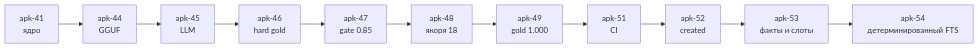
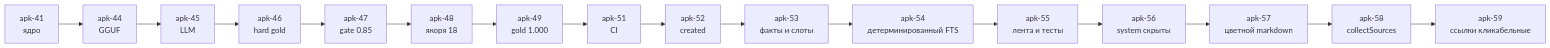
Before and after one commit to fakingpescobar-ctrl/opencode-mobile: the second of 6 diagrams in README.md, drawn with Mermaid. The commit also changed other lines of this file, not shown here.

Commit message:
docs: refresh README to apk-59 and recent chat/memory work

````diff
--- a/README.md
+++ b/README.md
@@ -105,13 +118,18 @@
 ```mermaid
 flowchart LR
     A["apk-41<br/>ядро"] --> B["apk-44<br/>GGUF"]
     B --> C["apk-45<br/>LLM"]
     C --> D["apk-46<br/>hard gold"]
     D --> E["apk-47<br/>gate 0.85"]
     E --> F["apk-48<br/>якоря 18"]
     F --> G["apk-49<br/>gold 1.000"]
     G --> H["apk-51<br/>CI"]
     H --> I["apk-52<br/>created"]
     I --> J["apk-53<br/>факты и слоты"]
     J --> K["apk-54<br/>детерминированный FTS"]
+    K --> L["apk-55<br/>лента и тесты"]
+    L --> M["apk-56<br/>system скрыты"]
+    M --> N["apk-57<br/>цветной markdown"]
+    N --> O["apk-58<br/>collectSources"]
+    O --> P["apk-59<br/>ссылки кликабельные"]
 ```
````
